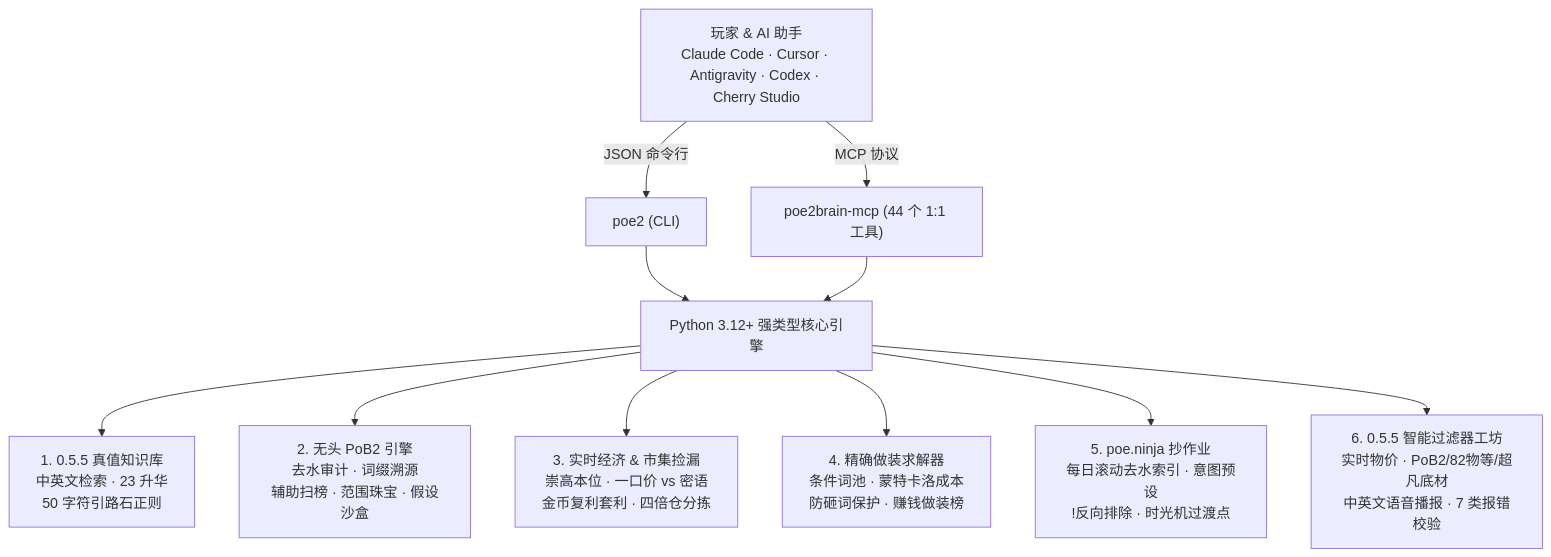
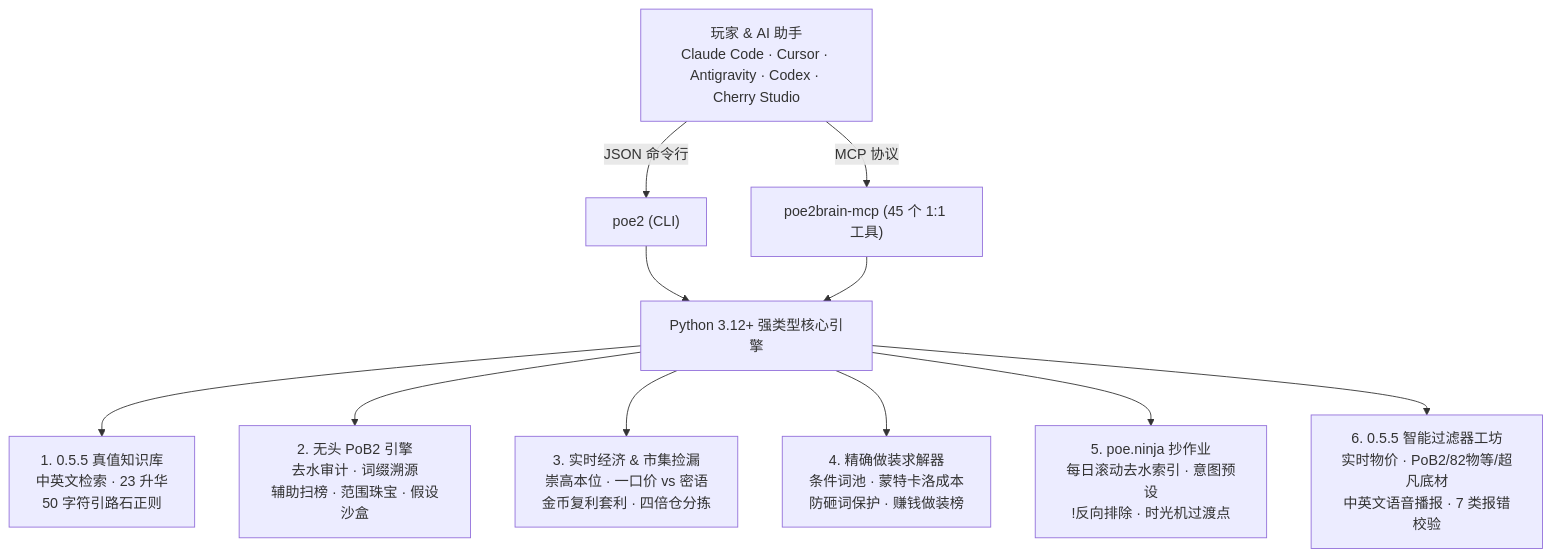
The diagram in README_ZH.md (lifan-builds/poe2brain), drawn with Mermaid before and after one commit. The commit also changed other lines of this file and 16 other files, not shown here.

````diff
--- a/README_ZH.md
+++ b/README_ZH.md
@@ -85,15 +85,15 @@
 ```mermaid
 flowchart TB
     A["玩家 & AI 助手<br/>Claude Code · Cursor · Antigravity · Codex · Cherry Studio"]
     A -->|JSON 命令行| CLI["poe2 (CLI)"]
-    A -->|MCP 协议| MCP["poe2brain-mcp (44 个 1:1 工具)"]
+    A -->|MCP 协议| MCP["poe2brain-mcp (45 个 1:1 工具)"]
     CLI --> CORE["Python 3.12+ 强类型核心引擎"]
     MCP --> CORE
 
     CORE --> P1["1. 0.5.5 真值知识库<br/>中英文检索 · 23 升华<br/>50 字符引路石正则"]
     CORE --> P2["2. 无头 PoB2 引擎<br/>去水审计 · 词缀溯源<br/>辅助扫榜 · 范围珠宝 · 假设沙盒"]
     CORE --> P3["3. 实时经济 & 市集捡漏<br/>崇高本位 · 一口价 vs 密语<br/>金币复利套利 · 四倍仓分拣"]
     CORE --> P4["4. 精确做装求解器<br/>条件词池 · 蒙特卡洛成本<br/>防砸词保护 · 赚钱做装榜"]
     CORE --> P5["5. poe.ninja 抄作业<br/>每日滚动去水索引 · 意图预设<br/>!反向排除 · 时光机过渡点"]
     CORE --> P6["6. 0.5.5 智能过滤器工坊<br/>实时物价 · PoB2/82物等/超凡底材<br/>中英文语音播报 · 7 类报错校验"]
 ```
````
